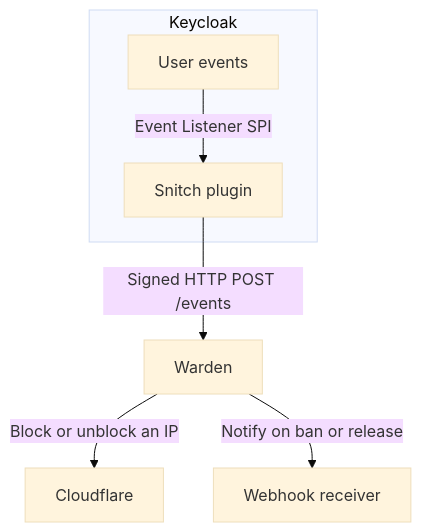
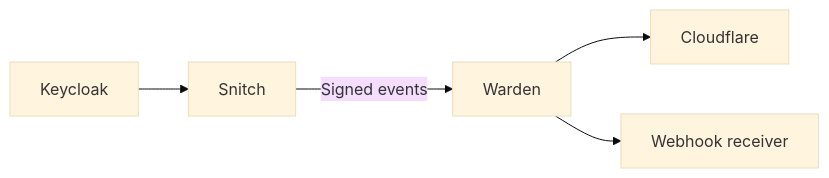
The diagram in README.md (gi8lino/keycloak-warden), drawn with Mermaid (base theme) before and after one commit. The commit also changed other lines of this file, not shown here.

````diff
--- a/README.md
+++ b/README.md
@@ -9,9 +15,7 @@
 ```mermaid
-flowchart TD
-    subgraph K["Keycloak"]
-        E["User events"] -->|Event Listener SPI| S["Snitch plugin"]
-    end
-    S -->|Signed HTTP POST /events| W["Warden"]
-    W -->|Block or unblock an IP| C["Cloudflare"]
-    W -->|Notify on ban or release| H["Webhook receiver"]
+flowchart LR
+    K["Keycloak"] --> S["Snitch"]
+    S -->|"Signed events"| W["Warden"]
+    W --> C["Cloudflare"]
+    W --> H["Webhook receiver"]
 ```
````
